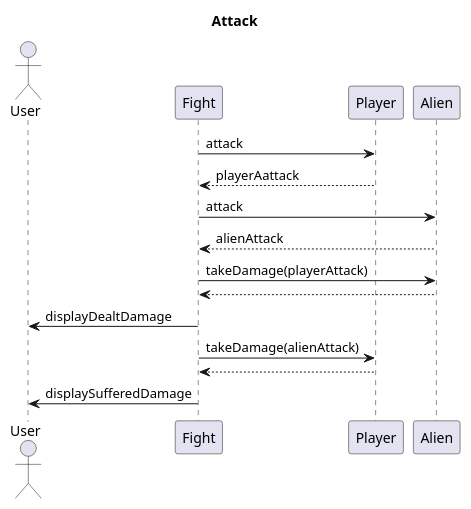
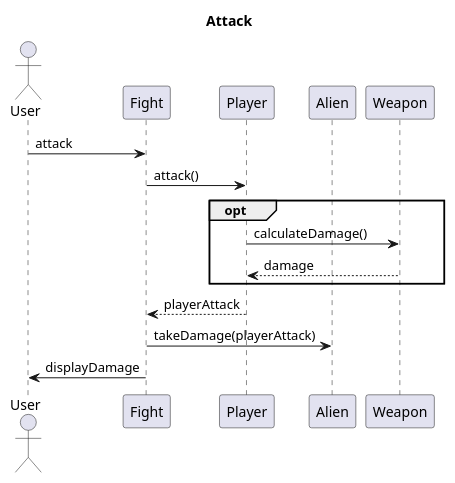
One commit to EDIDS/EDIDS_Proj changed the diagram in src/main/java/com/extraction/uml/uml diagrams/Internal Sequence Diagrams/Attack.puml. Above: the diagram before and after it, drawn with PlantUML. The commit also changed 5 other files, not shown here.

Commit message:
Updated internal sequence diagrams.

```diff
--- a/src/main/java/com/extraction/uml/uml diagrams/Internal Sequence Diagrams/Attack.puml
+++ b/src/main/java/com/extraction/uml/uml diagrams/Internal Sequence Diagrams/Attack.puml
@@ -1,21 +1,21 @@
 @startuml
 
 title Attack
 
 actor User
 participant Fight
 participant Player
 participant Alien
+participant Weapon
 
-Fight -> Player : attack
-return playerAattack
-Fight -> Alien : attack
-return alienAttack
+User -> Fight : attack
+Fight -> Player : attack()
+opt
+    Player -> Weapon : calculateDamage()
+    return damage
+end
+Player --> Fight : playerAttack
 Fight -> Alien : takeDamage(playerAttack)
-return
-Fight -> User : displayDealtDamage
-Fight -> Player : takeDamage(alienAttack)
-return
-Fight -> User : displaySufferedDamage
+Fight -> User : displayDamage
 
 @enduml
```
